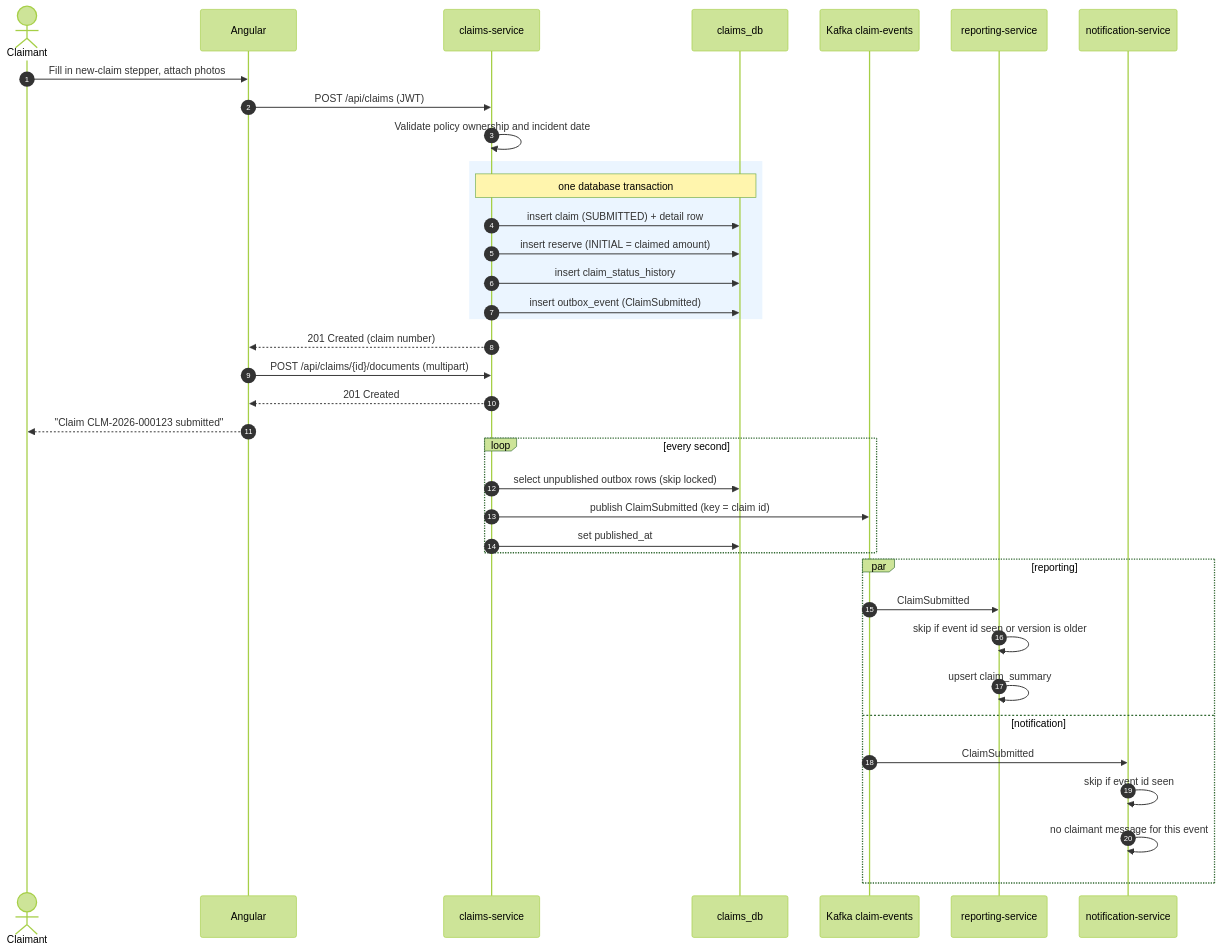
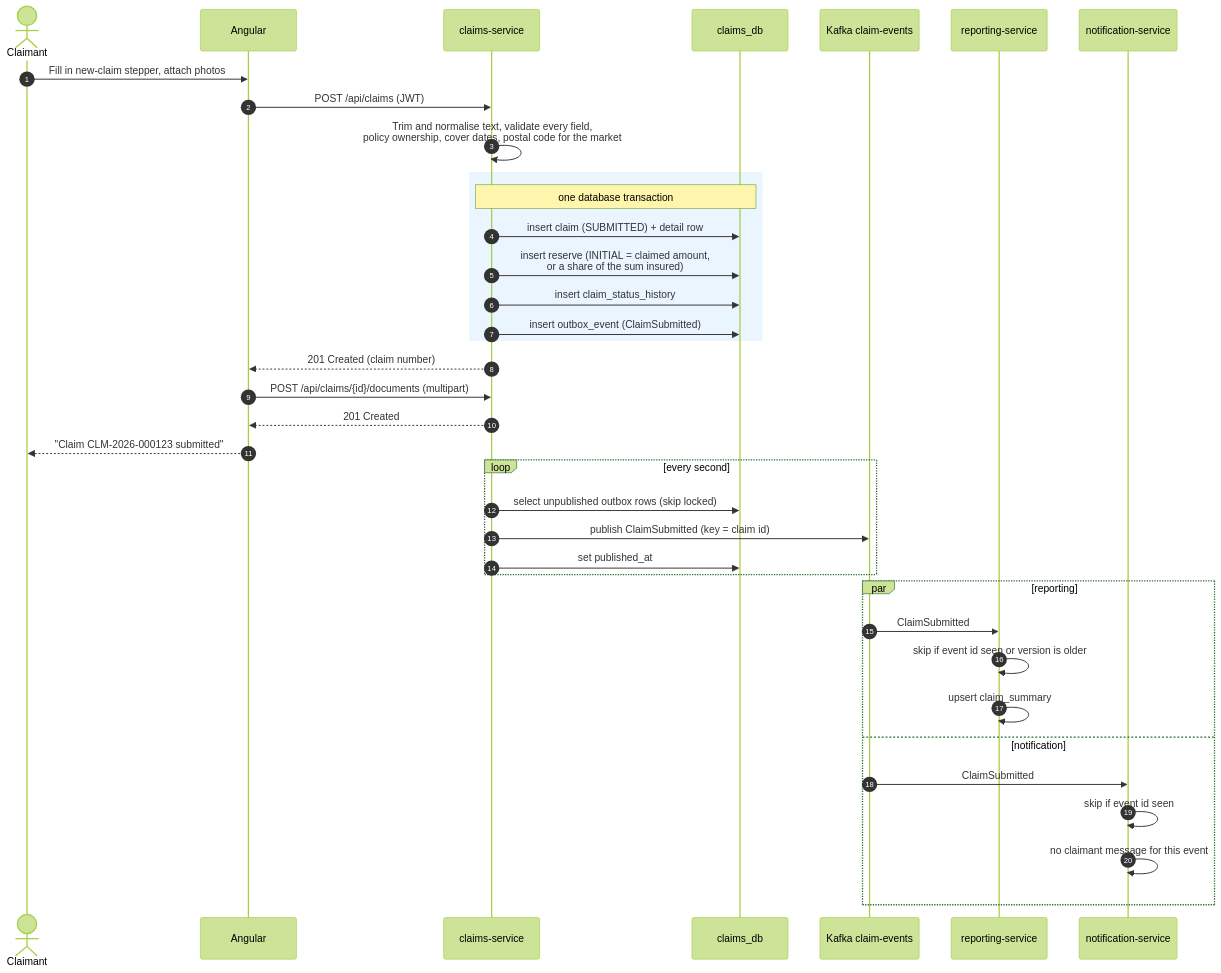
Before and after one commit to ZenoHwan/claim-system: the first of 5 diagrams in docs/sequence-diagrams.md, drawn with Mermaid (forest theme). The commit also changed other lines of this file and 6 other files, not shown here.

Commit message:
docs: trade-offs, next steps, Redis and e2e tests in the README and diagrams

````diff
--- a/docs/sequence-diagrams.md
+++ b/docs/sequence-diagrams.md
@@ -7,42 +7,42 @@
 ```mermaid
 sequenceDiagram
     autonumber
     actor C as Claimant
     participant UI as Angular
     participant CS as claims-service
     participant DB as claims_db
     participant K as Kafka claim-events
     participant RS as reporting-service
     participant NS as notification-service
 
     C->>UI: Fill in new-claim stepper, attach photos
     UI->>CS: POST /api/claims (JWT)
-    CS->>CS: Validate policy ownership and incident date
+    CS->>CS: Trim and normalise text, validate every field,<br/>policy ownership, cover dates, postal code for the market
     rect rgb(235, 245, 255)
         note over CS,DB: one database transaction
         CS->>DB: insert claim (SUBMITTED) + detail row
-        CS->>DB: insert reserve (INITIAL = claimed amount)
+        CS->>DB: insert reserve (INITIAL = claimed amount,<br/>or a share of the sum insured)
         CS->>DB: insert claim_status_history
         CS->>DB: insert outbox_event (ClaimSubmitted)
     end
     CS-->>UI: 201 Created (claim number)
     UI->>CS: POST /api/claims/{id}/documents (multipart)
     CS-->>UI: 201 Created
     UI-->>C: "Claim CLM-2026-000123 submitted"
 
     loop every second
         CS->>DB: select unpublished outbox rows (skip locked)
         CS->>K: publish ClaimSubmitted (key = claim id)
         CS->>DB: set published_at
     end
 
     par reporting
         K->>RS: ClaimSubmitted
         RS->>RS: skip if event id seen or version is older
         RS->>RS: upsert claim_summary
     and notification
         K->>NS: ClaimSubmitted
         NS->>NS: skip if event id seen
         NS->>NS: no claimant message for this event
     end
 ```
````
